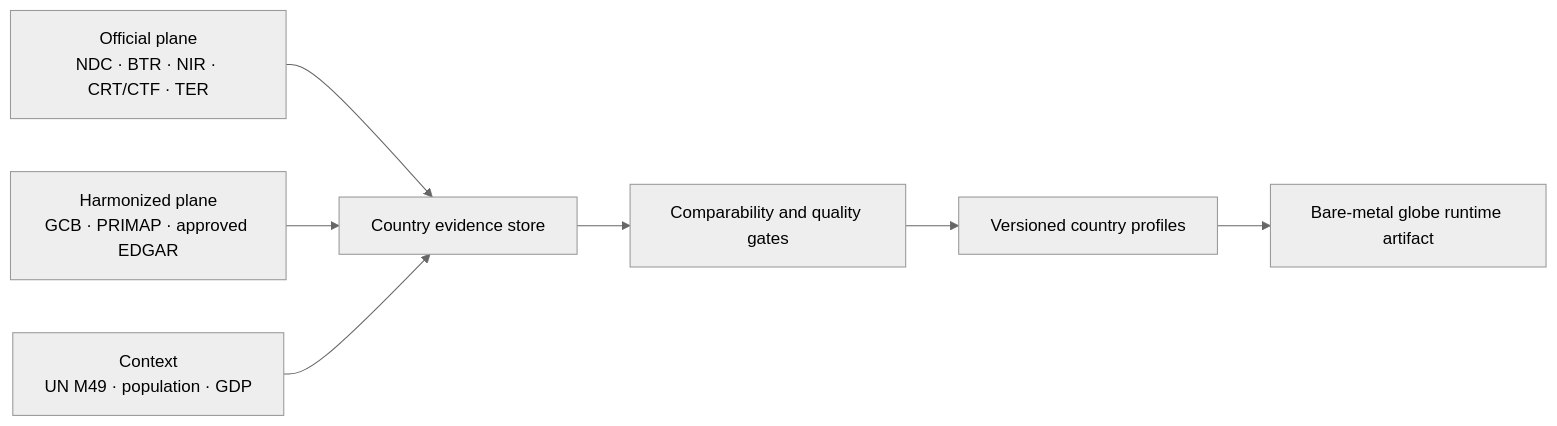
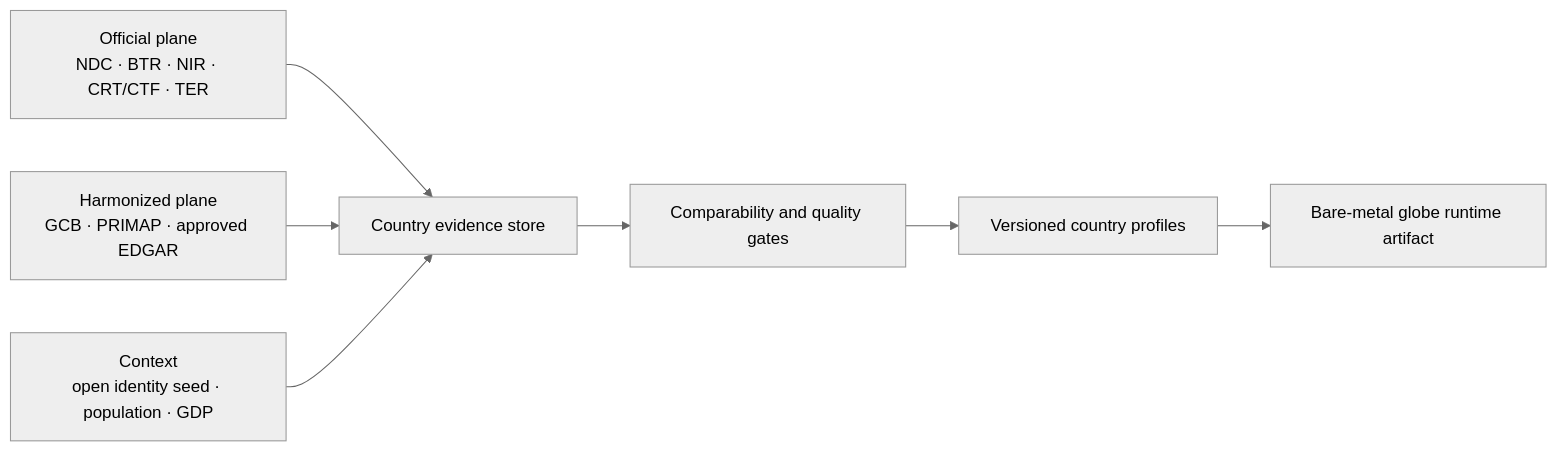
One commit to earth-love-united/earthloveunited.org changed the first of 2 diagrams in docs/COUNTRY-CLIMATE-TRUTH-PLAN.md. Above: the diagram before and after it, drawn with Mermaid (neutral theme). The commit also changed other lines of this file and 2 other files, not shown here.

Commit message:
docs(climate): use open identity registry seed

````diff
--- a/docs/COUNTRY-CLIMATE-TRUTH-PLAN.md
+++ b/docs/COUNTRY-CLIMATE-TRUTH-PLAN.md
@@ -57,9 +57,9 @@
 ```mermaid
 flowchart LR
     O["Official plane<br/>NDC · BTR · NIR · CRT/CTF · TER"] --> E["Country evidence store"]
     H["Harmonized plane<br/>GCB · PRIMAP · approved EDGAR"] --> E
-    C["Context<br/>UN M49 · population · GDP"] --> E
+    C["Context<br/>open identity seed · population · GDP"] --> E
     E --> Q["Comparability and quality gates"]
     Q --> P["Versioned country profiles"]
     P --> G["Bare-metal globe runtime artifact"]
 ```
````
